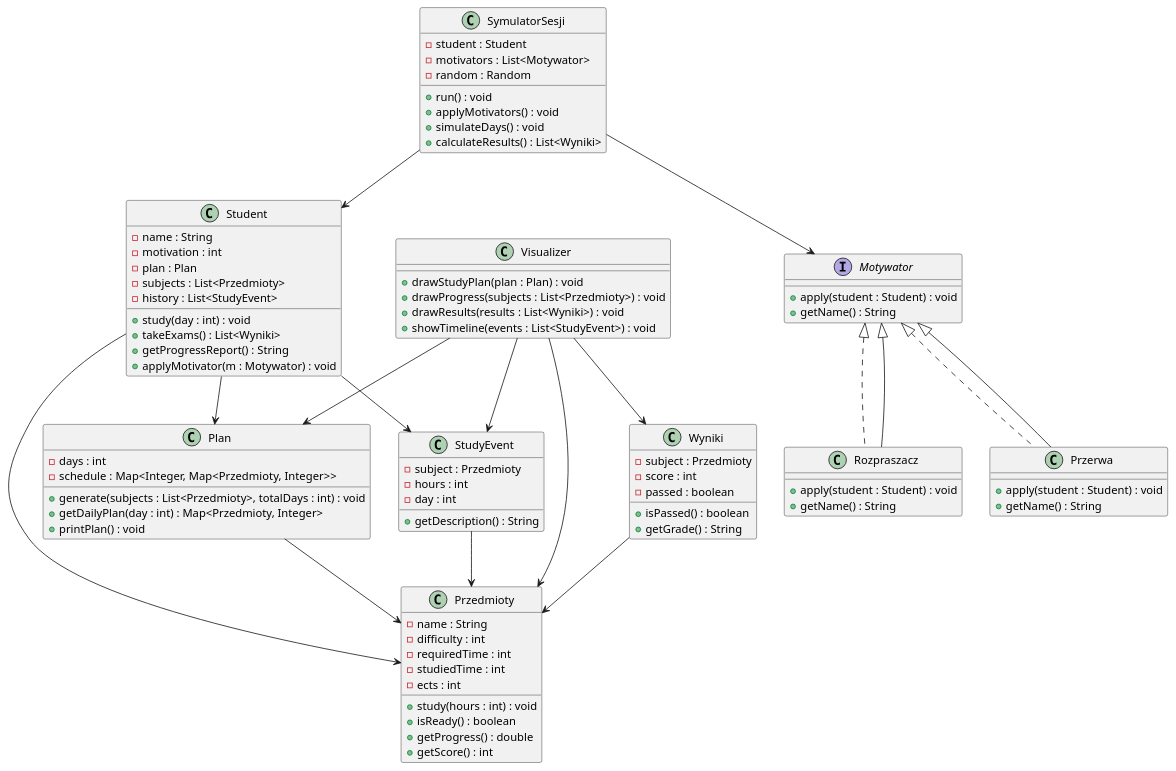
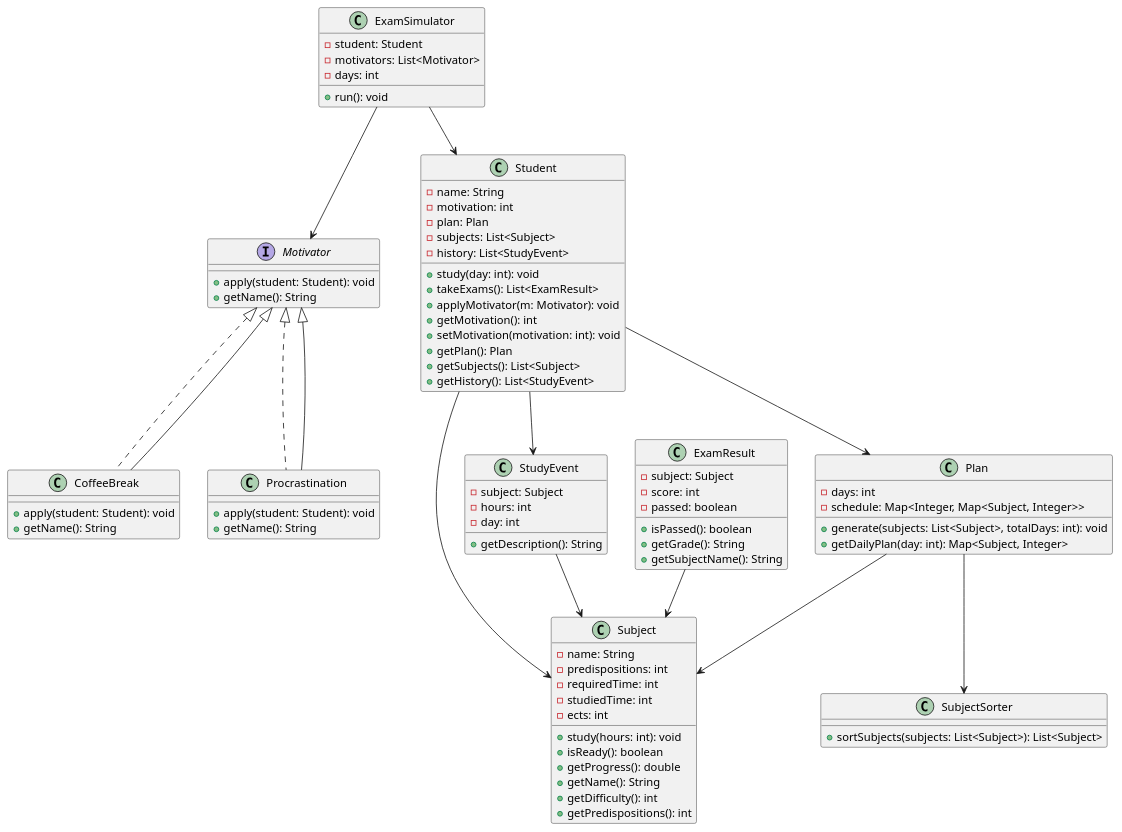
One commit to Krzyzak321/Symulator_Sesji changed the diagram in uml/Diagram klas UML.puml. Above: the diagram before and after it, drawn with PlantUML. The commit also changed 5 other files, not shown here.

Commit message:
diagramy

```diff
--- a/uml/Diagram klas UML.puml
+++ b/uml/Diagram klas UML.puml
@@ -1,97 +1,94 @@
 @startuml
-interface Motywator {
-    + apply(student : Student) : void
-    + getName() : String
+interface Motivator {
+    +apply(student: Student): void
+    +getName(): String
 }
 
-class Przerwa implements Motywator {
-    + apply(student : Student) : void
-    + getName() : String
+class CoffeeBreak implements Motivator {
+    +apply(student: Student): void
+    +getName(): String
 }
 
-class Rozpraszacz implements Motywator {
-    + apply(student : Student) : void
-    + getName() : String
+class Procrastination implements Motivator {
+    +apply(student: Student): void
+    +getName(): String
+}
+
+Motivator <|-- CoffeeBreak
+Motivator <|-- Procrastination
+
+class Subject {
+    -name: String
+    -predispositions: int
+    -requiredTime: int
+    -studiedTime: int
+    -ects: int
+    +study(hours: int): void
+    +isReady(): boolean
+    +getProgress(): double
+    +getName(): String
+    +getDifficulty(): int
+    +getPredispositions(): int
+}
+
+class SubjectSorter {
+    +sortSubjects(subjects: List<Subject>): List<Subject>
 }
 
 class StudyEvent {
-    - subject : Przedmioty
-    - hours : int
-    - day : int
-    + getDescription() : String
+    -subject: Subject
+    -hours: int
+    -day: int
+    +getDescription(): String
 }
 
-class Wyniki {
-    - subject : Przedmioty
-    - score : int
-    - passed : boolean
-    + isPassed() : boolean
-    + getGrade() : String
+class Plan {
+    -days: int
+    -schedule: Map<Integer, Map<Subject, Integer>>
+    +generate(subjects: List<Subject>, totalDays: int): void
+    +getDailyPlan(day: int): Map<Subject, Integer>
 }
 
-class Przedmioty {
-    - name : String
-    - difficulty : int
-    - requiredTime : int
-    - studiedTime : int
-    - ects : int
-    + study(hours : int) : void
-    + isReady() : boolean
-    + getProgress() : double
-    + getScore() : int
+class ExamResult {
+    -subject: Subject
+    -score: int
+    -passed: boolean
+    +isPassed(): boolean
+    +getGrade(): String
+    +getSubjectName(): String
 }
 
 class Student {
-    - name : String
-    - motivation : int
-    - plan : Plan
-    - subjects : List<Przedmioty>
-    - history : List<StudyEvent>
-    + study(day : int) : void
-    + takeExams() : List<Wyniki>
-    + getProgressReport() : String
-    + applyMotivator(m : Motywator) : void
+    -name: String
+    -motivation: int
+    -plan: Plan
+    -subjects: List<Subject>
+    -history: List<StudyEvent>
+    +study(day: int): void
+    +takeExams(): List<ExamResult>
+    +applyMotivator(m: Motivator): void
+    +getMotivation(): int
+    +setMotivation(motivation: int): void
+    +getPlan(): Plan
+    +getSubjects(): List<Subject>
+    +getHistory(): List<StudyEvent>
 }
 
-class Plan {
-    - days : int
-    - schedule : Map<Integer, Map<Przedmioty, Integer>>
-    + generate(subjects : List<Przedmioty>, totalDays : int) : void
-    + getDailyPlan(day : int) : Map<Przedmioty, Integer>
-    + printPlan() : void
+class ExamSimulator {
+    -student: Student
+    -motivators: List<Motivator>
+    -days: int
+    +run(): void
 }
 
-class SymulatorSesji {
-    - student : Student
-    - motivators : List<Motywator>
-    - random : Random
-    + run() : void
-    + applyMotivators() : void
-    + simulateDays() : void
-    + calculateResults() : List<Wyniki>
-}
-
-class Visualizer {
-    + drawStudyPlan(plan : Plan) : void
-    + drawProgress(subjects : List<Przedmioty>) : void
-    + drawResults(results : List<Wyniki>) : void
-    + showTimeline(events : List<StudyEvent>) : void
-}
-
-Motywator <|-- Przerwa
-Motywator <|-- Rozpraszacz
+ExamSimulator --> Student
+ExamSimulator --> Motivator
 Student --> Plan
-Student --> Przedmioty
+Student --> Subject
 Student --> StudyEvent
-Wyniki --> Przedmioty
-StudyEvent --> Przedmioty
-Plan --> Przedmioty
-SymulatorSesji --> Student
-SymulatorSesji --> Motywator
-Visualizer --> Plan
-Visualizer --> Przedmioty
-Visualizer --> Wyniki
-Visualizer --> StudyEvent
-
+ExamResult --> Subject
+StudyEvent --> Subject
+Plan --> Subject
+Plan --> SubjectSorter
 
 @enduml
```
